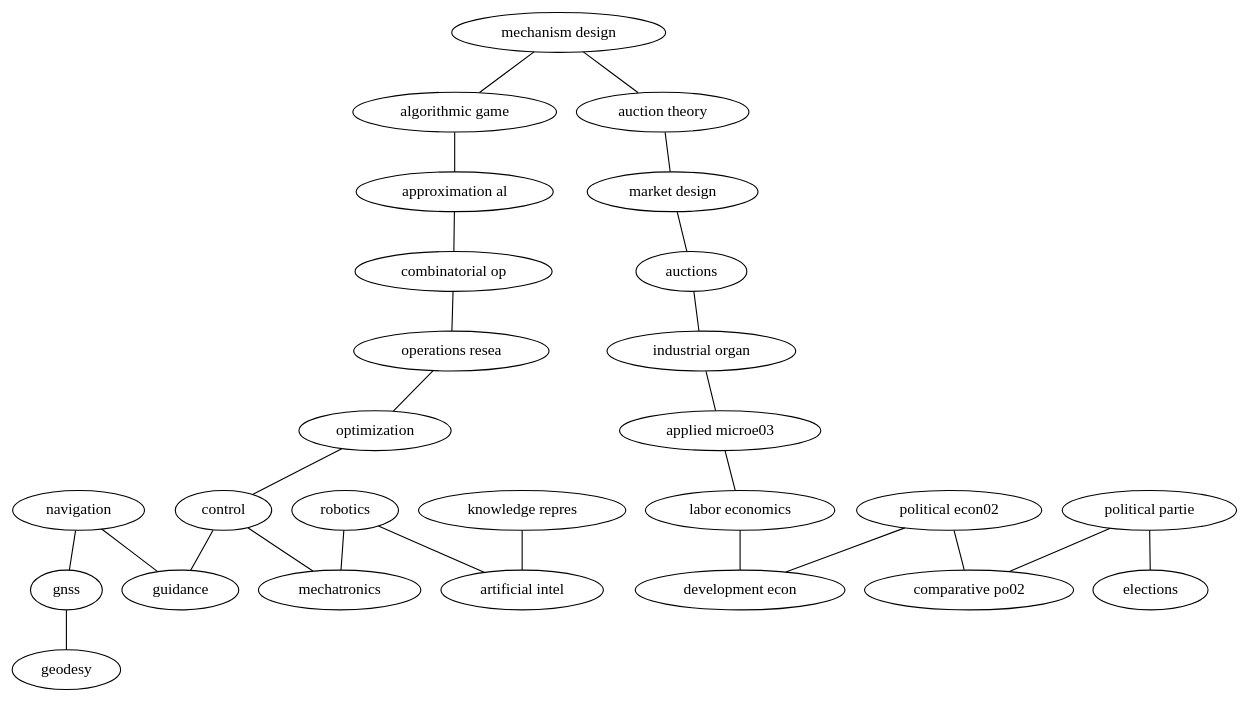
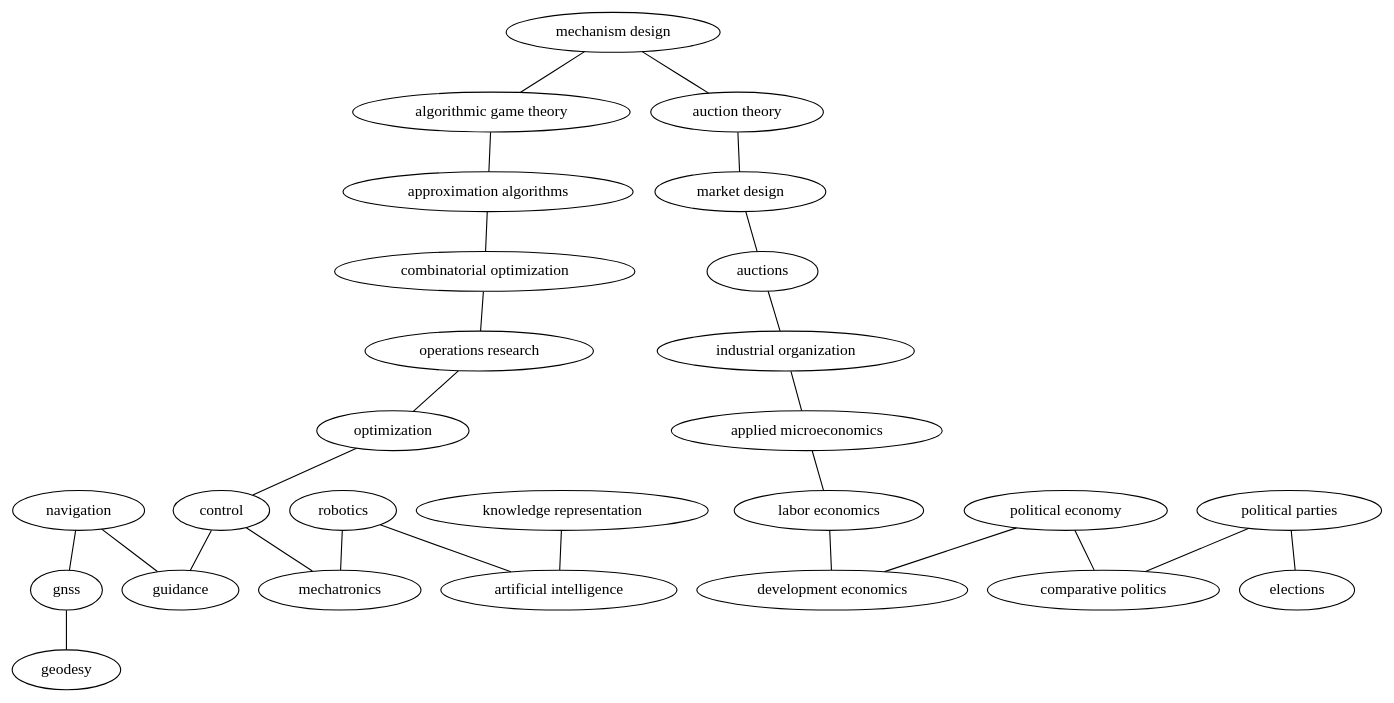
Before and after one commit to tiga1231/mlgd-backup: the diagram in map_generator/reyan-topics-refined/layers/graph-1.dot, drawn with Graphviz. The commit also changed 122 other files, not shown here.

Commit message:
original graph on lowest level

```diff
--- a/map_generator/reyan-topics-refined/layers/graph-1.dot
+++ b/map_generator/reyan-topics-refined/layers/graph-1.dot
@@ -1,158 +1,158 @@
 strict graph "" {
 	node [label="\N"];
 	0	[id=0,
 		label="mechanism design",
 		level=1,
 		pos="4001.233197640917,-4782.581958041557",
 		weight=0];
 	1	[id=1,
-		label="algorithmic game",
+		label="algorithmic game theory",
 		level=1,
 		pos="3476.0779491343837,-4188.15677734774",
 		weight=0];
 	0 -- 1	[level=1];
 	2	[id=2,
 		label="auction theory",
 		level=1,
 		pos="4553.9042854678155,-4391.2376008313095",
 		weight=0];
 	0 -- 2	[level=1];
 	3	[id=3,
-		label="approximation al",
+		label="approximation algorithms",
 		level=1,
 		pos="2983.3636018668676,-3788.1574337322168",
 		weight=0];
 	1 -- 3	[level=1];
 	5	[id=5,
 		label="market design",
 		level=1,
 		pos="4765.44451218032,-4994.302869768605",
 		weight=0];
 	2 -- 5	[level=1];
 	8	[id=8,
-		label="combinatorial op",
+		label="combinatorial optimization",
 		level=1,
 		pos="2270.3289125825363,-3322.628336953418",
 		weight=0];
 	3 -- 8	[level=1];
 	130	[id=130,
 		label=navigation,
 		level=1,
 		pos="-156.91488308298335,962.7135053609355",
 		weight=0];
 	173	[id=173,
 		label=gnss,
 		level=1,
 		pos="-55.684570088452006,1924.942217769017",
 		weight=0];
 	130 -- 173	[level=1];
 	90	[id=90,
 		label=guidance,
 		level=1,
 		pos="-344.9548814899458,140.45817149063248",
 		weight=0];
 	130 -- 90	[level=1];
 	12	[id=12,
 		label=auctions,
 		level=1,
 		pos="5312.81655386813,-4512.135091688617",
 		weight=0];
 	5 -- 12	[level=1];
 	133	[id=133,
 		label=robotics,
 		level=1,
 		pos="-2605.7803350508557,277.5550017345471",
 		weight=0];
 	192	[id=192,
-		label="artificial intel",
+		label="artificial intelligence",
 		level=1,
 		pos="-4666.470842498278,1476.969822845116",
 		weight=0];
 	133 -- 192	[level=1];
 	93	[id=93,
 		label=mechatronics,
 		level=1,
 		pos="-1679.1680118508261,-182.37854308200474",
 		weight=0];
 	133 -- 93	[level=1];
 	16	[id=16,
-		label="operations resea",
+		label="operations research",
 		level=1,
 		pos="1767.8429649667237,-2409.660798282179",
 		weight=0];
 	8 -- 16	[level=1];
 	19	[id=19,
-		label="industrial organ",
+		label="industrial organization",
 		level=1,
 		pos="5276.001551965532,-3958.7720093230537",
 		weight=0];
 	12 -- 19	[level=1];
 	268	[id=268,
-		label="knowledge repres",
+		label="knowledge representation",
 		level=1,
 		pos="-4734.41038137324,285.5283902288983",
 		weight=0];
 	268 -- 192	[level=1];
 	38	[id=38,
 		label=optimization,
 		level=1,
 		pos="584.1503173867,-1842.5482127496873",
 		weight=0];
 	16 -- 38	[level=1];
 	47	[id=47,
-		label="applied microe03",
+		label="applied microeconomics",
 		level=1,
 		pos="5854.332412902723,-4192.464740783387",
 		weight=0];
 	19 -- 47	[level=1];
 	150	[id=150,
-		label="political econ02",
+		label="political economy",
 		level=1,
 		pos="7247.239265405034,-6628.831841778508",
 		weight=0];
 	212	[id=212,
-		label="comparative po02",
+		label="comparative politics",
 		level=1,
 		pos="7844.005864092203,-7285.712201139721",
 		weight=0];
 	150 -- 212	[level=1];
 	104	[id=104,
-		label="development econ",
+		label="development economics",
 		level=1,
 		pos="6588.051414400336,-5907.0850216609715",
 		weight=0];
 	150 -- 104	[level=1];
 	290	[id=290,
-		label="political partie",
+		label="political parties",
 		level=1,
 		pos="8527.674479941164,-7501.955723366721",
 		weight=0];
 	419	[id=419,
 		label=elections,
 		level=1,
 		pos="9225.728914429585,-7172.202678230901",
 		weight=0];
 	290 -- 419	[level=1];
 	290 -- 212	[level=1];
 	62	[id=62,
 		label=control,
 		level=1,
 		pos="-640.7768271949985,-698.1903122771213",
 		weight=0];
 	38 -- 62	[level=1];
 	246	[id=246,
 		label=geodesy,
 		level=1,
 		pos="-132.36554335432362,2899.303750542191",
 		weight=0];
 	173 -- 246	[level=1];
 	68	[id=68,
 		label="labor economics",
 		level=1,
 		pos="5285.943724675,-4621.444743307765",
 		weight=0];
 	47 -- 68	[level=1];
 	62 -- 90	[level=1];
 	62 -- 93	[level=1];
 	68 -- 104	[level=1];
 }
```
